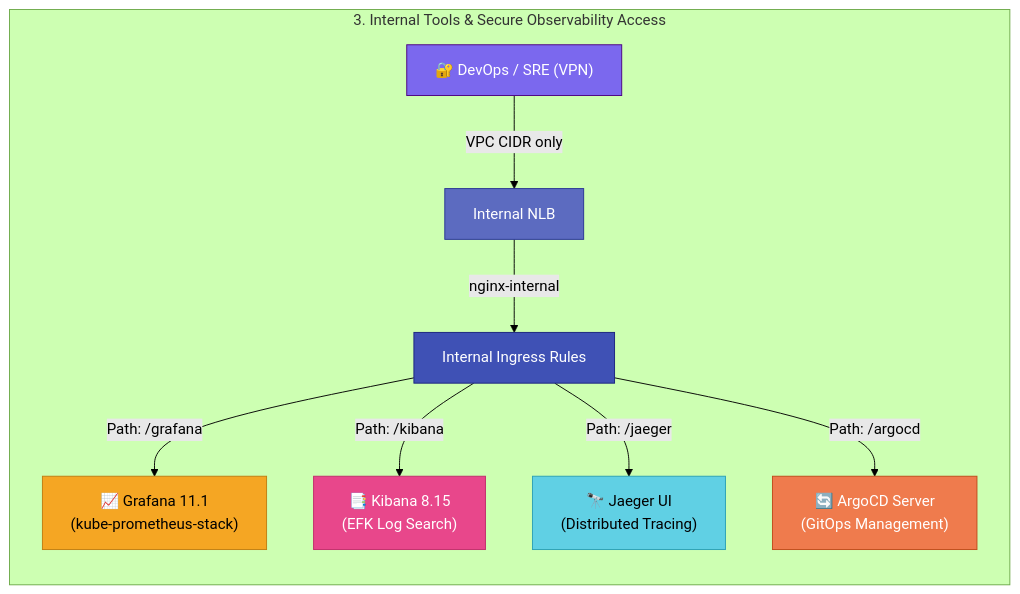
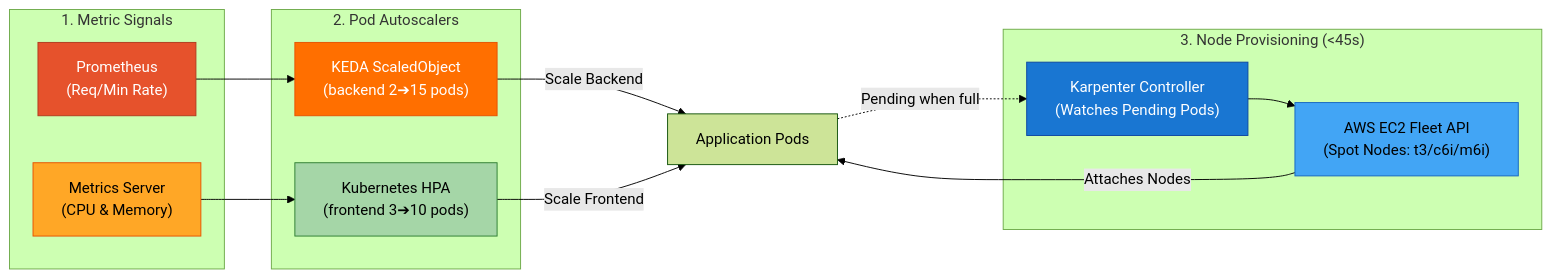
The third of 4 diagrams in README.md (AdastraGupta/3-tier-k8s-project), drawn with Mermaid (forest theme) before and after one commit. The commit also changed other lines of this file, not shown here.

Commit message:
docs: simplify and restructure architecture diagram into 4-tier overview and 3 focused subsystem flows

````diff
--- a/README.md
+++ b/README.md
@@ -147,18 +206,28 @@
 ```mermaid
 graph LR
-    subgraph "3. Internal Tools & Secure Observability Access"
-        DevOps["🔐 DevOps / SRE (VPN)"] -->|"VPC CIDR only"| IntNLB["Internal NLB"]
-        IntNLB -->|"nginx-internal"| IntIng["Internal Ingress Rules"]
-        IntIng -->|"Path: /grafana"| Grafana["📈 Grafana 11.1\n(kube-prometheus-stack)"]
-        IntIng -->|"Path: /kibana"| Kibana["📑 Kibana 8.15\n(EFK Log Search)"]
-        IntIng -->|"Path: /jaeger"| Jaeger["🔭 Jaeger UI\n(Distributed Tracing)"]
-        IntIng -->|"Path: /argocd"| ArgoCD["🔄 ArgoCD Server\n(GitOps Management)"]
+    subgraph Scale_Signals["1. Metric Signals"]
+        PROM["Prometheus\n(Req/Min Rate)"]
+        METRICS["Metrics Server\n(CPU & Memory)"]
     end
-    style DevOps fill:#7B68EE,stroke:#4B0082,color:#fff
-    style IntNLB fill:#5C6BC0,stroke:#283593,color:#fff
-    style IntIng fill:#3F51B5,stroke:#1A237E,color:#fff
-    style Grafana fill:#F5A623,stroke:#C07D10,color:#000
-    style Kibana fill:#E8478B,stroke:#C12D6B,color:#fff
-    style Jaeger fill:#60D0E4,stroke:#2BA0B5,color:#000
-    style ArgoCD fill:#EF7B4D,stroke:#C04A1A,color:#fff
+
+    subgraph Pod_Scaling["2. Pod Autoscalers"]
+        KEDA["KEDA ScaledObject\n(backend 2➔15 pods)"]
+        HPA["Kubernetes HPA\n(frontend 3➔10 pods)"]
+    end
+
+    subgraph Node_Provisioning["3. Node Provisioning (<45s)"]
+        KP["Karpenter Controller\n(Watches Pending Pods)"]
+        FLEET["AWS EC2 Fleet API\n(Spot Nodes: t3/c6i/m6i)"]
+    end
+
+    PROM --> KEDA -->|"Scale Backend"| APP_PODS["Application Pods"]
+    METRICS --> HPA -->|"Scale Frontend"| APP_PODS
+    APP_PODS -.->|"Pending when full"| KP --> FLEET -->|"Attaches Nodes"| APP_PODS
+
+    style PROM fill:#E6522C,stroke:#B13A1E,color:#fff
+    style METRICS fill:#FFA726,stroke:#E65100,color:#000
+    style KEDA fill:#FF6F00,stroke:#E65100,color:#fff
+    style HPA fill:#A5D6A7,stroke:#2E7D32,color:#000
+    style KP fill:#1976D2,stroke:#0D47A1,color:#fff
+    style FLEET fill:#42A5F5,stroke:#1565C0,color:#000
 ```
````
